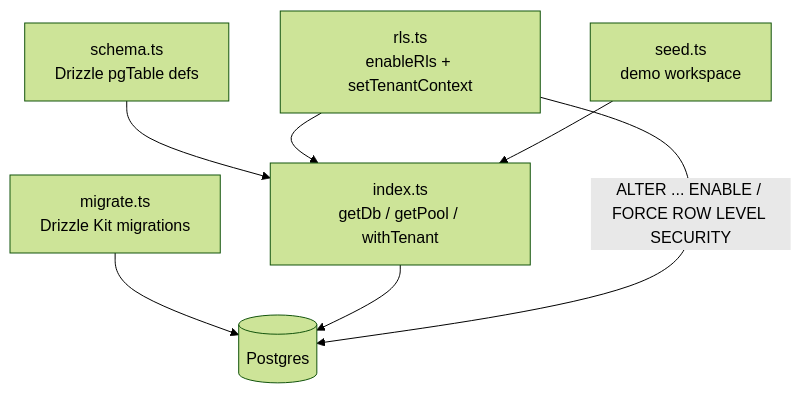
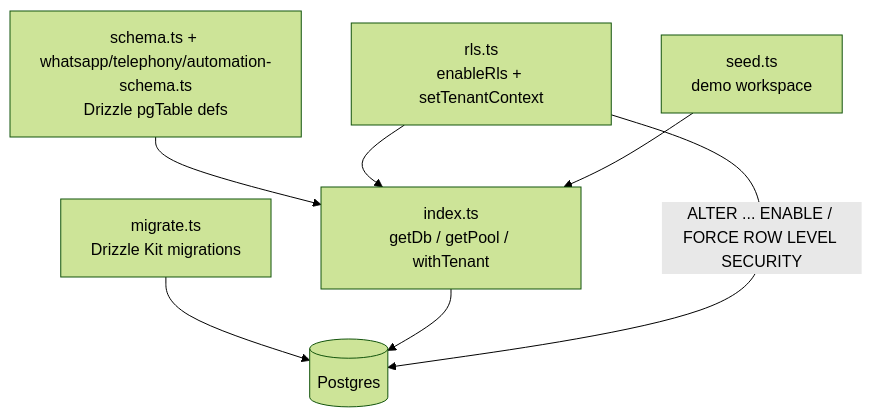
Before and after one commit to iamsrishanth/OpenTeleCRM: the seventh of 8 diagrams in docs/ARCHITECTURE.md, drawn with Mermaid (forest theme). The commit also changed other lines of this file and 25 other files, not shown here.

````diff
--- a/docs/ARCHITECTURE.md
+++ b/docs/ARCHITECTURE.md
@@ -254,16 +298,16 @@
 ```mermaid
 flowchart TD
-  A[schema.ts<br/>Drizzle pgTable defs]
+  A[schema.ts + whatsapp/telephony/automation-schema.ts<br/>Drizzle pgTable defs]
   R[rls.ts<br/>enableRls + setTenantContext]
   I[index.ts<br/>getDb / getPool / withTenant]
   M[migrate.ts<br/>Drizzle Kit migrations]
   S[seed.ts<br/>demo workspace]
   PG[(Postgres)]
 
   A --> I
   R --> I
   M --> PG
   S --> I
   I --> PG
   R -->|ALTER ... ENABLE / FORCE ROW LEVEL SECURITY| PG
 ```
````
